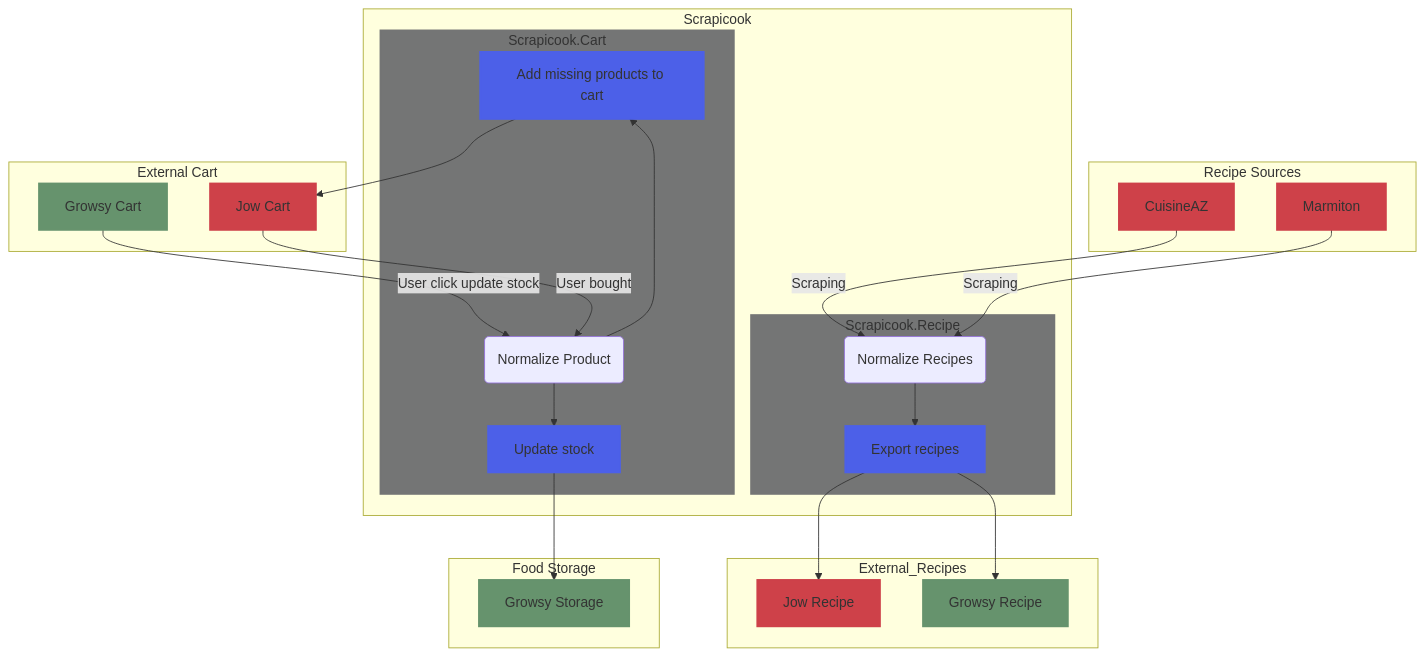
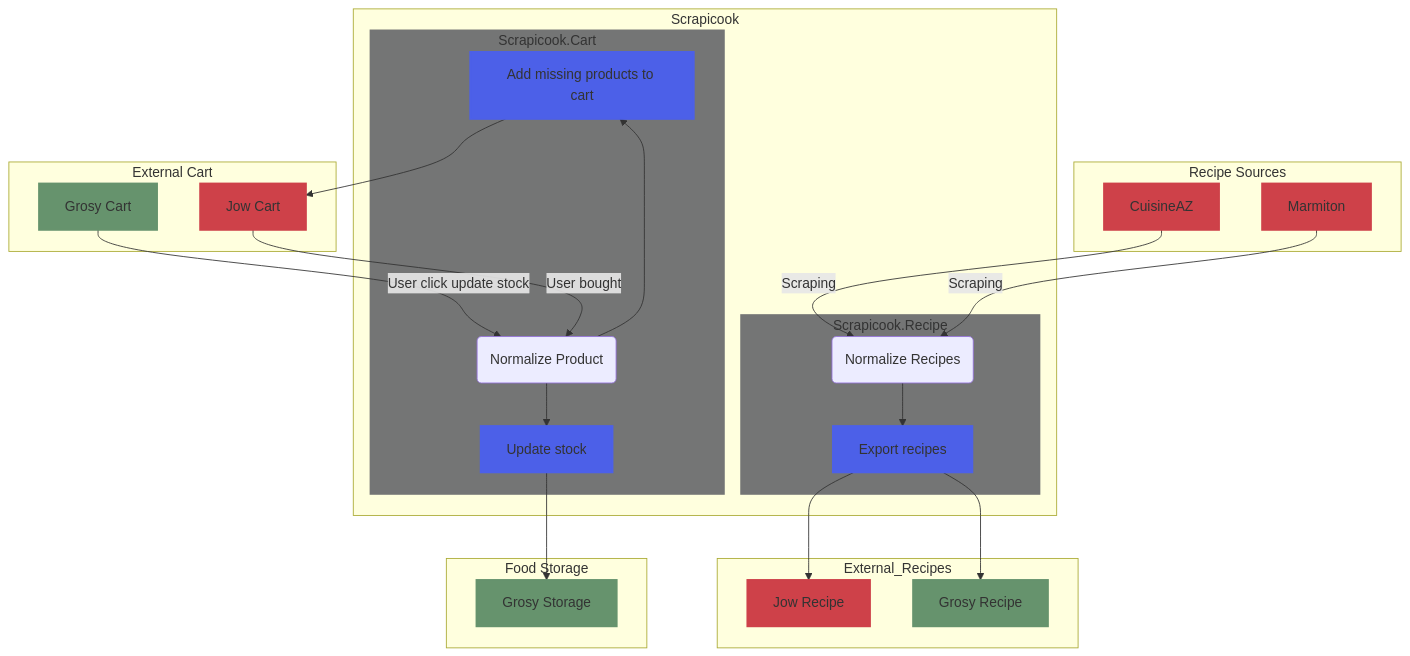
Before and after one commit to vincentbattez/Scrapicook: the second of 5 diagrams in readme.md, drawn with Mermaid. The commit also changed other lines of this file and 39 other files, not shown here.

````diff
--- a/readme.md
+++ b/readme.md
@@ -61,65 +61,65 @@
 ```mermaid
 graph TD
     %% Styles
     style Scrapicook.Cart fill:#747575,stroke:#747575,stroke-width:2px
     style Scrapicook.Recipe fill:#747575,stroke:#747575,stroke-width:2px
 
     style ADD_CART fill:#4C60E8,stroke:#4C60E8,stroke-width:2px
     style EXPORT fill:#4C60E8,stroke:#4C60E8,stroke-width:2px
     style UPDATE fill:#4C60E8,stroke:#4C60E8,stroke-width:2px
 
     style JOW_CART fill:#CE4149,stroke:#CE4149,stroke-width:2px
     style JOW_RECIPE fill:#CE4149,stroke:#CE4149,stroke-width:2px
     style CAZ fill:#CE4149,stroke:#CE4149,stroke-width:2px
     style MAR fill:#CE4149,stroke:#CE4149,stroke-width:2px
 
     style GSY_CART fill:#66936D,stroke:#66936D,stroke-width:2px
     style GSY_STOCK fill:#66936D,stroke:#66936D,stroke-width:2px
     style GSY_RECIPE fill:#66936D,stroke:#66936D,stroke-width:2px
 
     %% Scrapicook - Normalization
     subgraph Scrapicook
         subgraph Scrapicook.Recipe
             NORMALIZE_RECIPE(Normalize Recipes)
             EXPORT[Export recipes]
         end
         subgraph Scrapicook.Cart
             NORMALIZE(Normalize Product)
             ADD_CART[Add missing products to cart]
             UPDATE[Update stock]
         end
     end
 
     %% External sources - recipes
     subgraph Recipe Sources
         CAZ[CuisineAZ]
         MAR[Marmiton]
     end
     subgraph External_Recipes
-        GSY_RECIPE[Growsy Recipe]
+        GSY_RECIPE[Grosy Recipe]
         JOW_RECIPE[Jow Recipe]
     end
 
     %% External tools - cart / stock
     subgraph External Cart
-        GSY_CART[Growsy Cart]
+        GSY_CART[Grosy Cart]
         JOW_CART[Jow Cart]
     end
     subgraph Food Storage
-        GSY_STOCK[Growsy Storage]
+        GSY_STOCK[Grosy Storage]
     end
 
     %% Dependencies & interactions
     CAZ -->|Scraping| NORMALIZE_RECIPE
     MAR -->|Scraping| NORMALIZE_RECIPE
     NORMALIZE_RECIPE --> EXPORT
     EXPORT --> GSY_RECIPE
     EXPORT --> JOW_RECIPE
 
     GSY_CART -->|User click update stock| NORMALIZE
     JOW_CART -->|User bought| NORMALIZE
     NORMALIZE --> ADD_CART
     NORMALIZE --> UPDATE
     ADD_CART --> JOW_CART
     UPDATE --> GSY_STOCK
 ```
````
